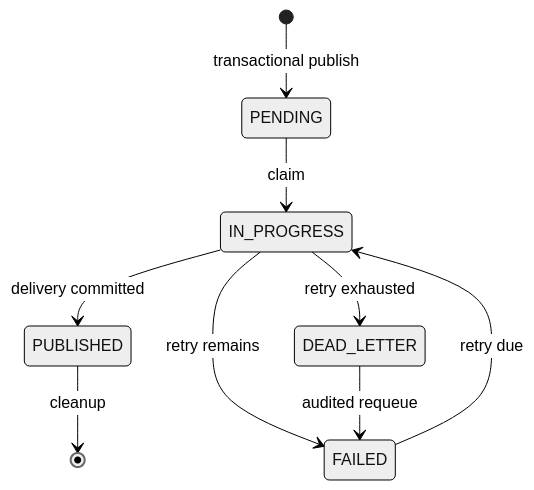
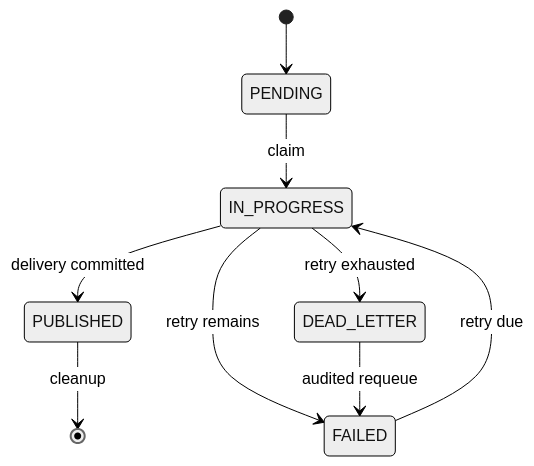
One commit to ddd-mall/j-store changed the third of 3 diagrams in docs/technic/领域事件基础设施架构.md. Above: the diagram before and after it, drawn with Mermaid (neutral theme). The commit also changed other lines of this file and 209 other files, not shown here.

````diff
--- a/docs/technic/领域事件基础设施架构.md
+++ b/docs/technic/领域事件基础设施架构.md
@@ -139,11 +103,11 @@
 ```mermaid
 stateDiagram-v2
-    [*] --> PENDING: transactional publish
+    [*] --> PENDING
     PENDING --> IN_PROGRESS: claim
     FAILED --> IN_PROGRESS: retry due
     IN_PROGRESS --> PUBLISHED: delivery committed
     IN_PROGRESS --> FAILED: retry remains
     IN_PROGRESS --> DEAD_LETTER: retry exhausted
     DEAD_LETTER --> FAILED: audited requeue
     PUBLISHED --> [*]: cleanup
 ```
````
